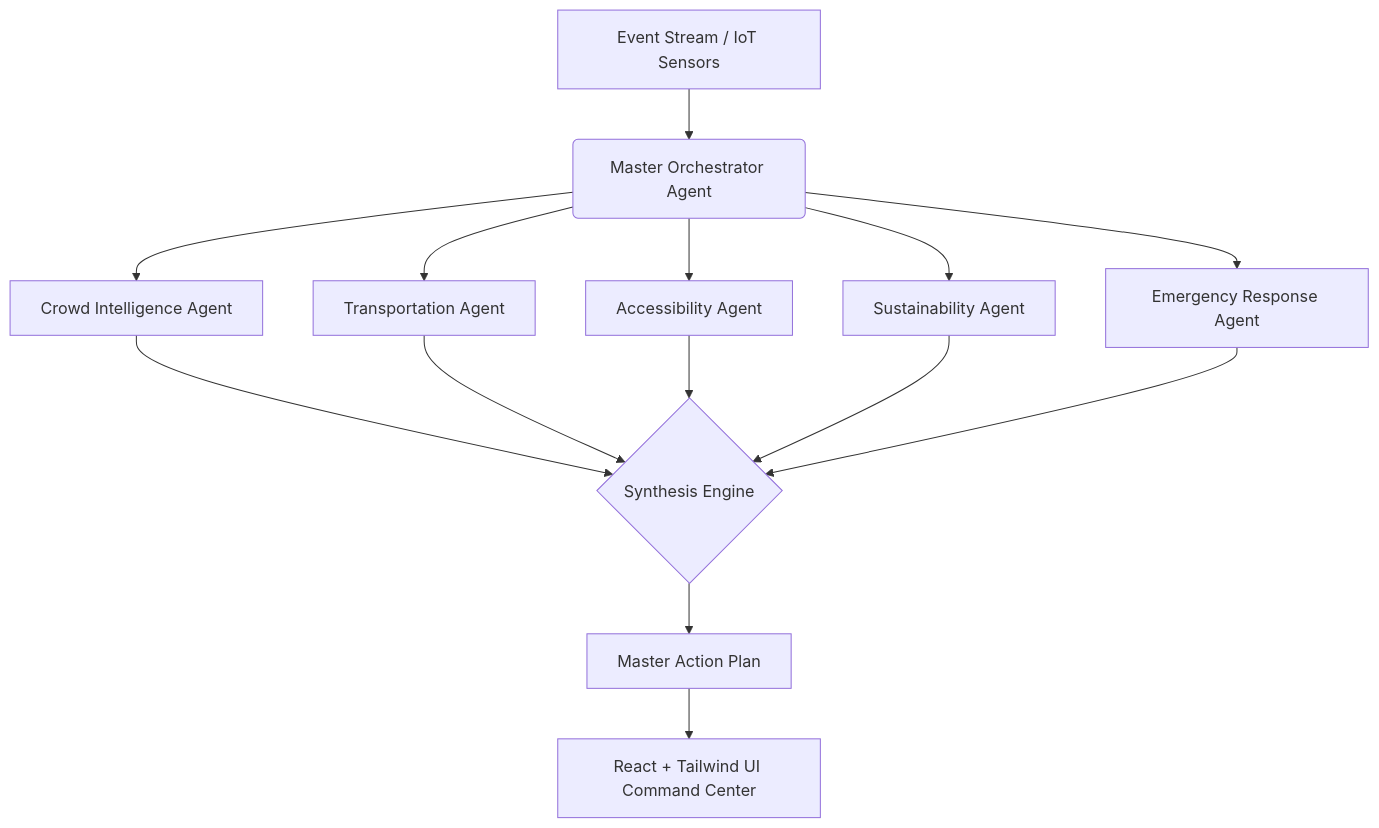
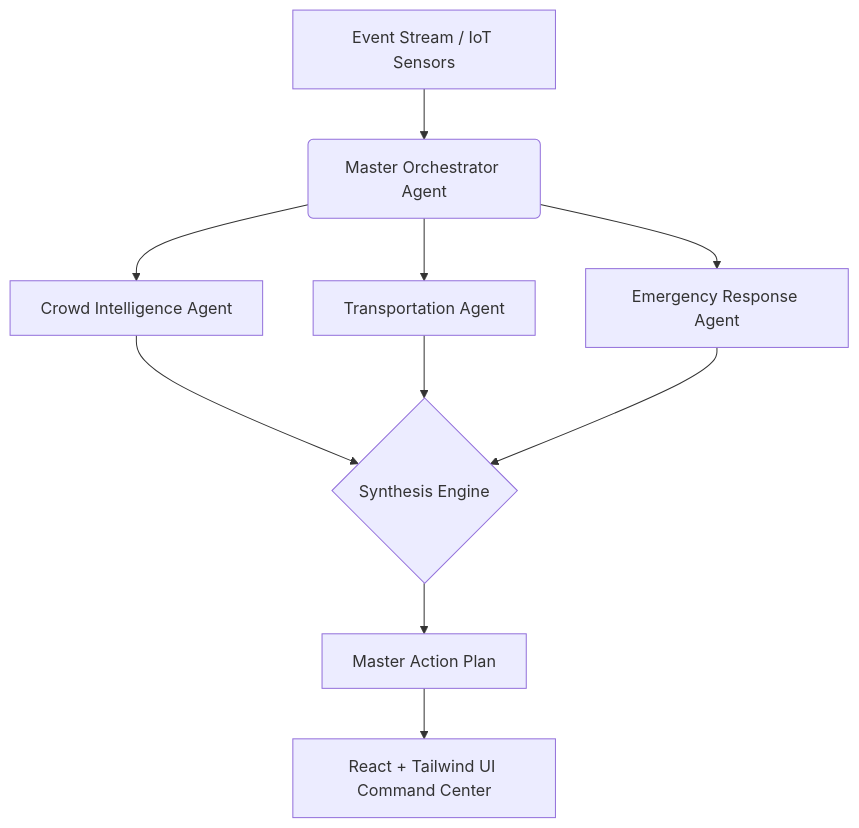
One commit to Adarshow/StadiumMindAI changed the diagram in README.md. Above: the diagram before and after it, drawn with Mermaid. The commit also changed other lines of this file, not shown here.

Commit message:
docs: finalize README with vercel architecture and gemini integration details for submission

````diff
--- a/README.md
+++ b/README.md
@@ -12,18 +12,14 @@
 ```mermaid
 graph TD
     A[Event Stream / IoT Sensors] --> B(Master Orchestrator Agent)
     B --> C[Crowd Intelligence Agent]
     B --> D[Transportation Agent]
-    B --> E[Accessibility Agent]
-    B --> F[Sustainability Agent]
-    B --> G[Emergency Response Agent]
+    B --> E[Emergency Response Agent]
     
     C --> H{Synthesis Engine}
     D --> H
     E --> H
-    F --> H
-    G --> H
     
     H --> I[Master Action Plan]
     I --> J[React + Tailwind UI Command Center]
 ```
````
